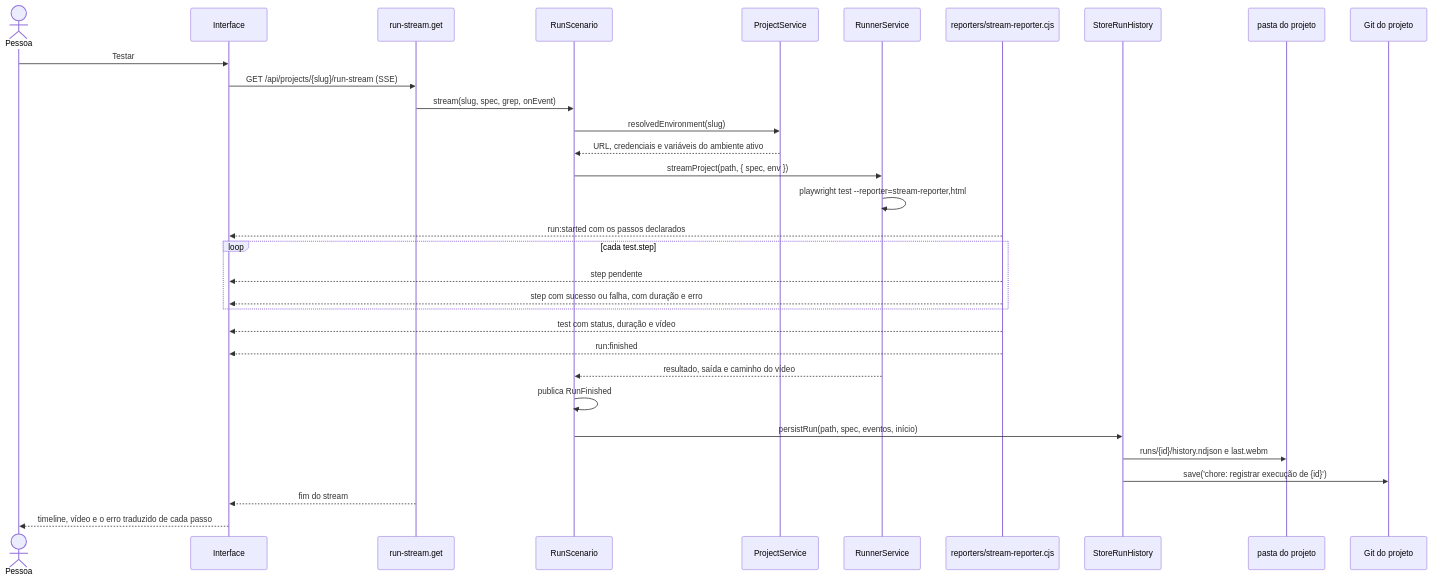
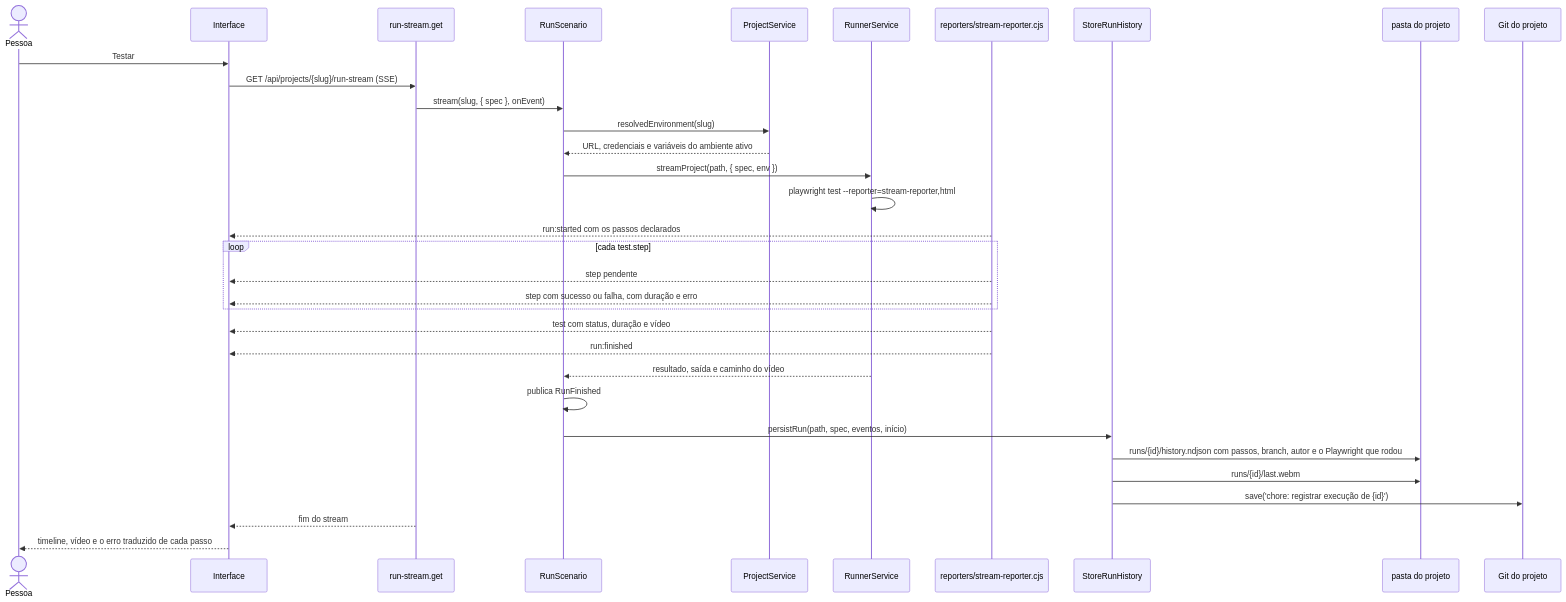
Diagram 15 of 28 in docs/DIAGRAMS/SEQUENCE-DIAGRAMS.md (KauanCalheiro/acutis), drawn with Mermaid before and after one commit. The commit also changed other lines of this file and 7 other files, not shown here.

````diff
--- a/docs/DIAGRAMS/SEQUENCE-DIAGRAMS.md
+++ b/docs/DIAGRAMS/SEQUENCE-DIAGRAMS.md
@@ -303,37 +559,38 @@
 ```mermaid
 sequenceDiagram
   actor Pessoa
   participant App as Interface
   participant API as run-stream.get
   participant UC as RunScenario
   participant PS as ProjectService
   participant PW as RunnerService
   participant Rep as reporters/stream-reporter.cjs
   participant SH as StoreRunHistory
   participant FS as pasta do projeto
   participant Git as Git do projeto
 
   Pessoa->>App: Testar
   App->>API: GET /api/projects/{slug}/run-stream (SSE)
-  API->>UC: stream(slug, spec, grep, onEvent)
+  API->>UC: stream(slug, { spec }, onEvent)
   UC->>PS: resolvedEnvironment(slug)
   PS-->>UC: URL, credenciais e variáveis do ambiente ativo
   UC->>PW: streamProject(path, { spec, env })
   PW->>PW: playwright test --reporter=stream-reporter,html
 
   Rep-->>App: run:started com os passos declarados
   loop cada test.step
     Rep-->>App: step pendente
     Rep-->>App: step com sucesso ou falha, com duração e erro
   end
   Rep-->>App: test com status, duração e vídeo
   Rep-->>App: run:finished
 
   PW-->>UC: resultado, saída e caminho do vídeo
   UC->>UC: publica RunFinished
   UC->>SH: persistRun(path, spec, eventos, início)
-  SH->>FS: runs/{id}/history.ndjson e last.webm
+  SH->>FS: runs/{id}/history.ndjson com passos, branch, autor e o Playwright que rodou
+  SH->>FS: runs/{id}/last.webm
   SH->>Git: save('chore: registrar execução de {id}')
   API-->>App: fim do stream
   App-->>Pessoa: timeline, vídeo e o erro traduzido de cada passo
 ```
````
